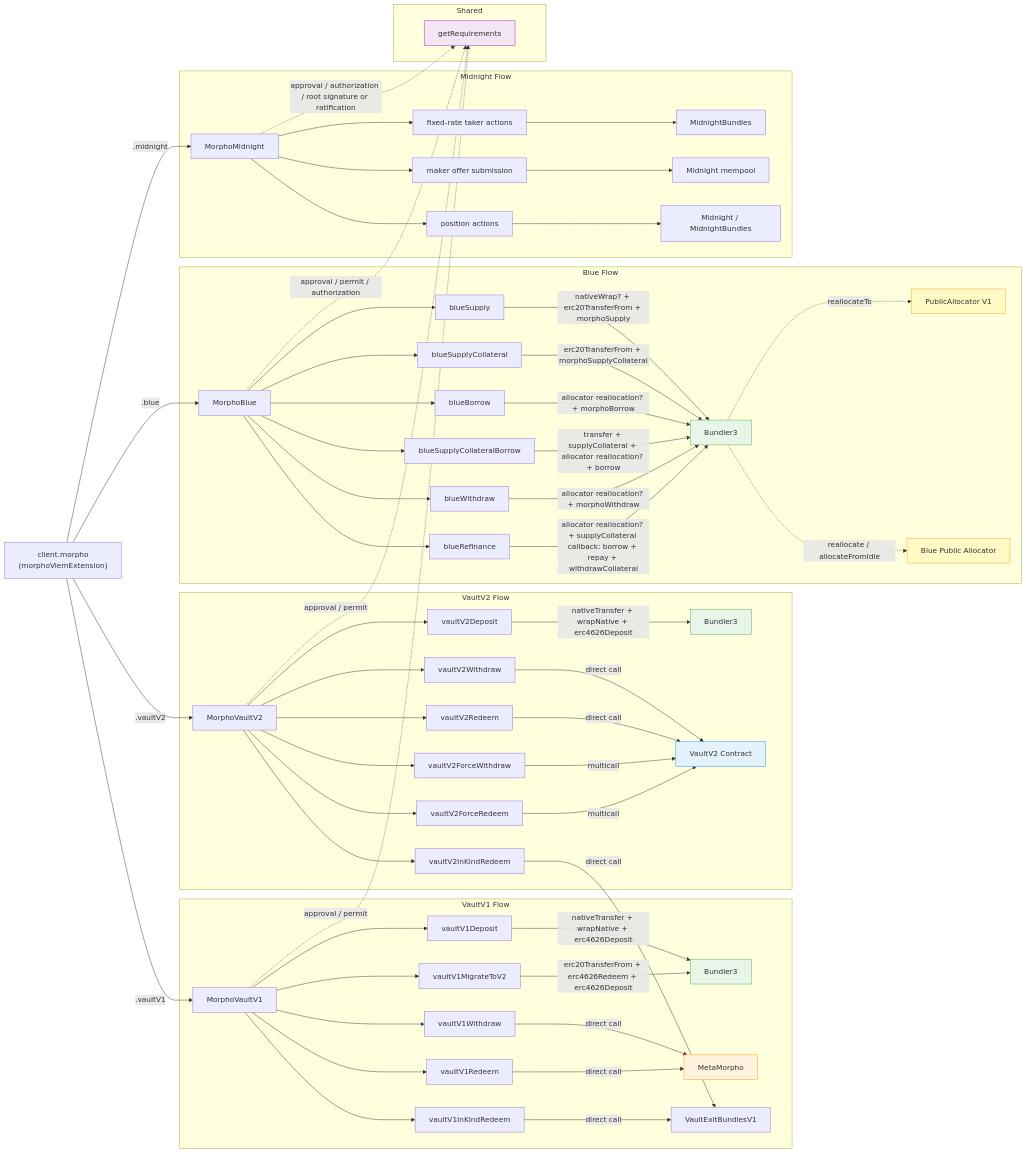
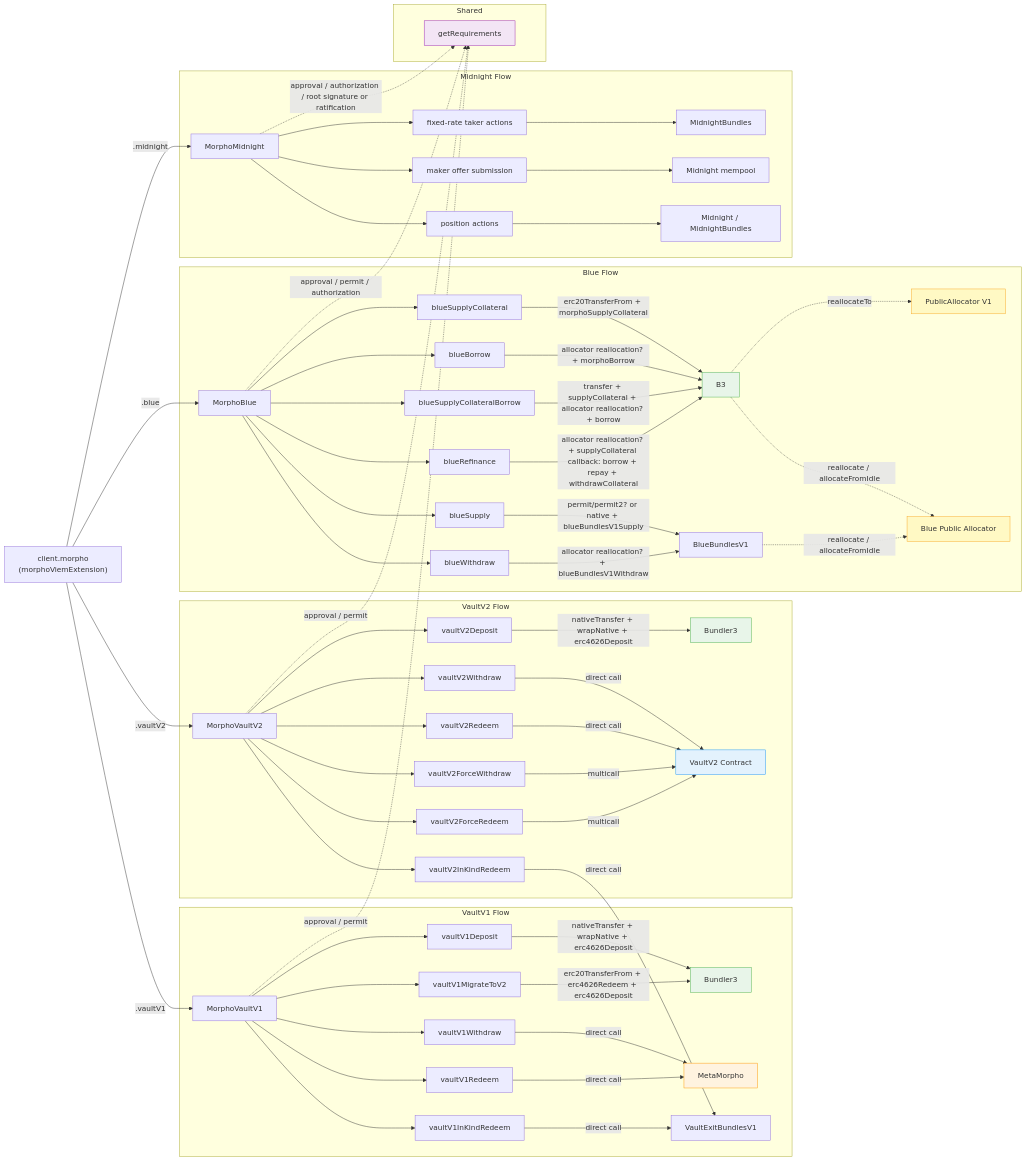
Before and after one commit to morpho-org/sdks: the diagram in packages/morpho-sdk/README.md, drawn with Mermaid. The commit also changed other lines of this file and 4 other files, not shown here.

First line of the commit message:
fix(morpho-sdk): correct stale Blue routing docs + bound token-requirement resolver inputs

```diff
--- a/packages/morpho-sdk/README.md
+++ b/packages/morpho-sdk/README.md
@@ -238,15 +239,16 @@
         MM1 --> M1W[blueWithdraw]
         MM1 --> M1RF[blueRefinance]
 
-        M1S -->|nativeWrap? + erc20TransferFrom + morphoSupply| B3[Bundler3]
+        M1S -->|permit/permit2? or native + blueBundlesV1Supply| BB1[BlueBundlesV1]
         M1SC -->|erc20TransferFrom + morphoSupplyCollateral| B3
         M1B -->|allocator reallocation? + morphoBorrow| B3
         M1SCB -->|transfer + supplyCollateral + allocator reallocation? + borrow| B3
-        M1W -->|allocator reallocation? + morphoWithdraw| B3
+        M1W -->|allocator reallocation? + blueBundlesV1Withdraw| BB1
         M1RF -->|allocator reallocation? + supplyCollateral callback: borrow + repay + withdrawCollateral| B3
 
         B3 -.->|reallocateTo| PA1[PublicAllocator V1]
         B3 -.->|reallocate / allocateFromIdle| BPA[Blue Public Allocator]
+        BB1 -.->|reallocate / allocateFromIdle| BPA
     end
 
     subgraph Midnight Flow
```
